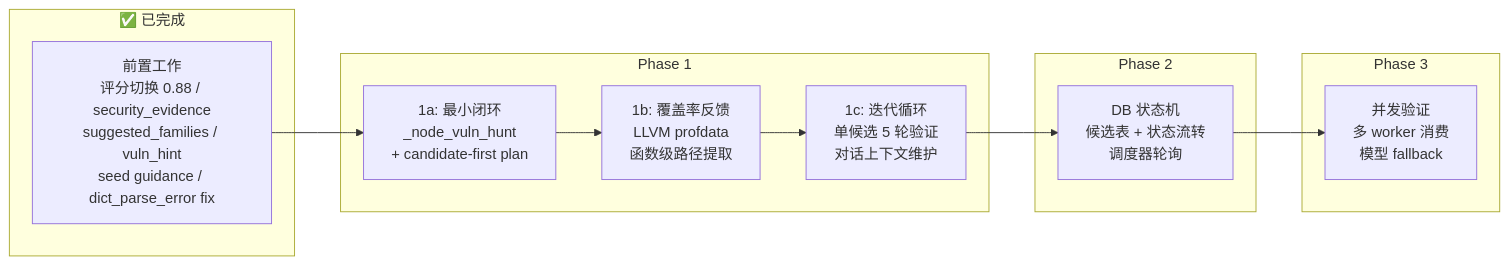
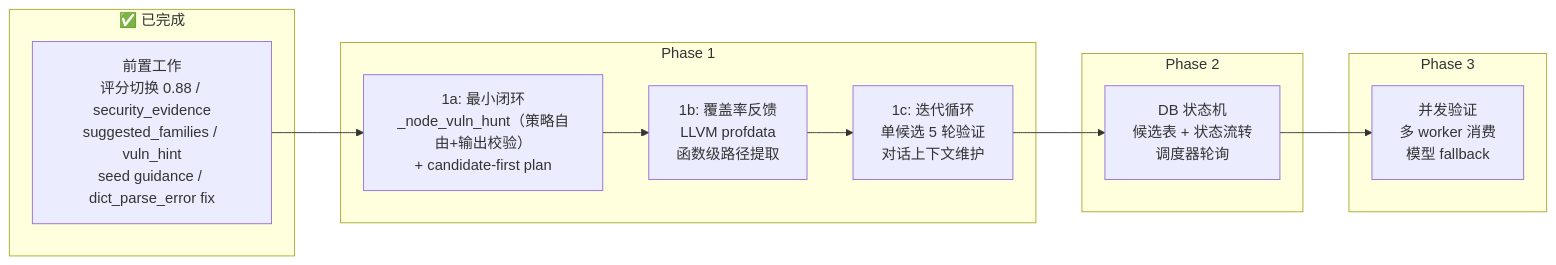
Before and after one commit to ZUENS2020/Sherpa: the ninth of 9 diagrams in docs/VULN_HUNT_FULL_REFACTOR_PLAN.md, drawn with Mermaid. The commit also changed other lines of this file, not shown here.

First line of the commit message:
docs: replace rigid hunt phases with strategy-free + output-validated design

````diff
--- a/docs/VULN_HUNT_FULL_REFACTOR_PLAN.md
+++ b/docs/VULN_HUNT_FULL_REFACTOR_PLAN.md
@@ -695,20 +727,20 @@
 ```mermaid
 flowchart LR
     subgraph done["✅ 已完成"]
         PRE["前置工作<br/>评分切换 0.88 / security_evidence<br/>suggested_families / vuln_hint<br/>seed guidance / dict_parse_error fix"]
     end
     subgraph p1["Phase 1"]
-        P1A["1a: 最小闭环<br/>_node_vuln_hunt<br/>+ candidate-first plan"]
+        P1A["1a: 最小闭环<br/>_node_vuln_hunt（策略自由+输出校验）<br/>+ candidate-first plan"]
         P1B["1b: 覆盖率反馈<br/>LLVM profdata<br/>函数级路径提取"]
         P1C["1c: 迭代循环<br/>单候选 5 轮验证<br/>对话上下文维护"]
         P1A --> P1B --> P1C
     end
     subgraph p2["Phase 2"]
         P2A["DB 状态机<br/>候选表 + 状态流转<br/>调度器轮询"]
     end
     subgraph p3["Phase 3"]
         P3A["并发验证<br/>多 worker 消费<br/>模型 fallback"]
     end
     PRE --> P1A
     P1C --> P2A --> P3A
 ```
````
